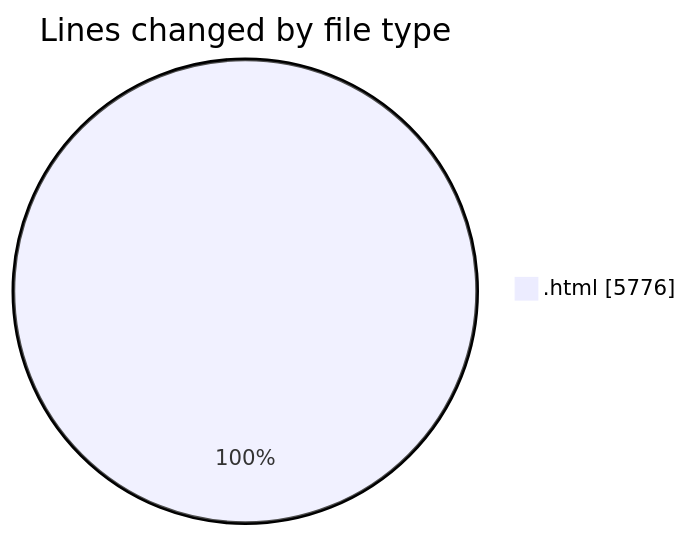
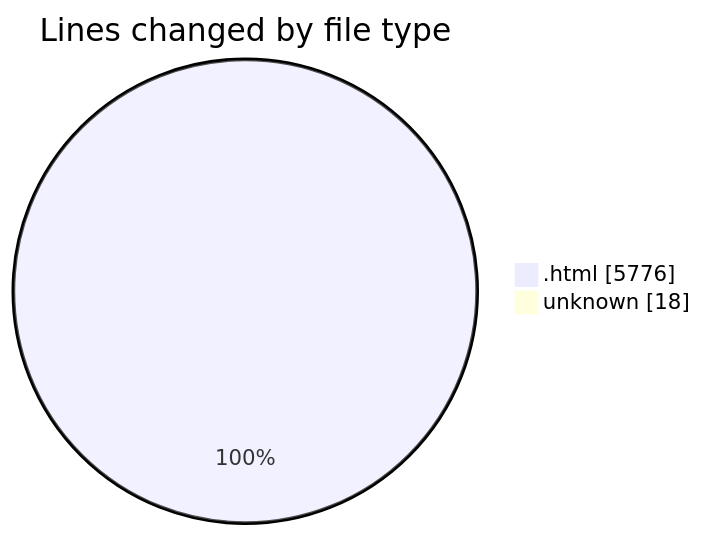
Before and after one commit to Ritupan-Deka/code-tracking: the first of 2 diagrams in 2025-06-17/projects/README.md, drawn with Mermaid. The commit also changed other lines of this file and 1 other file, not shown here.

````diff
--- a/2025-06-17/projects/README.md
+++ b/2025-06-17/projects/README.md
@@ -21,5 +22,6 @@
 ```mermaid
 pie showData
 title Lines changed by file type
 ".html" : 5776
+"unknown" : 18
 ```
````
